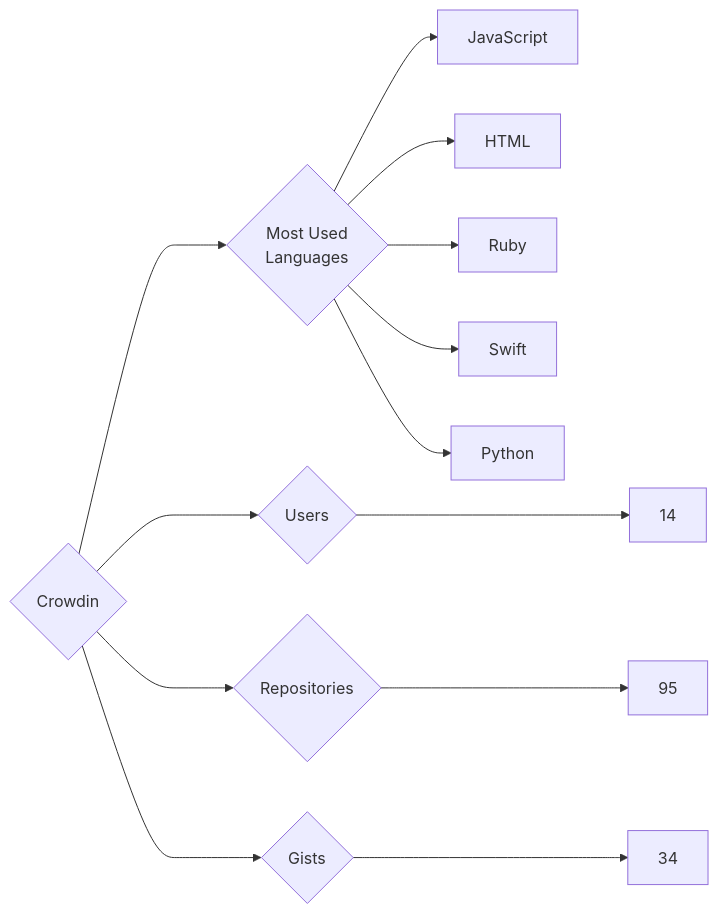
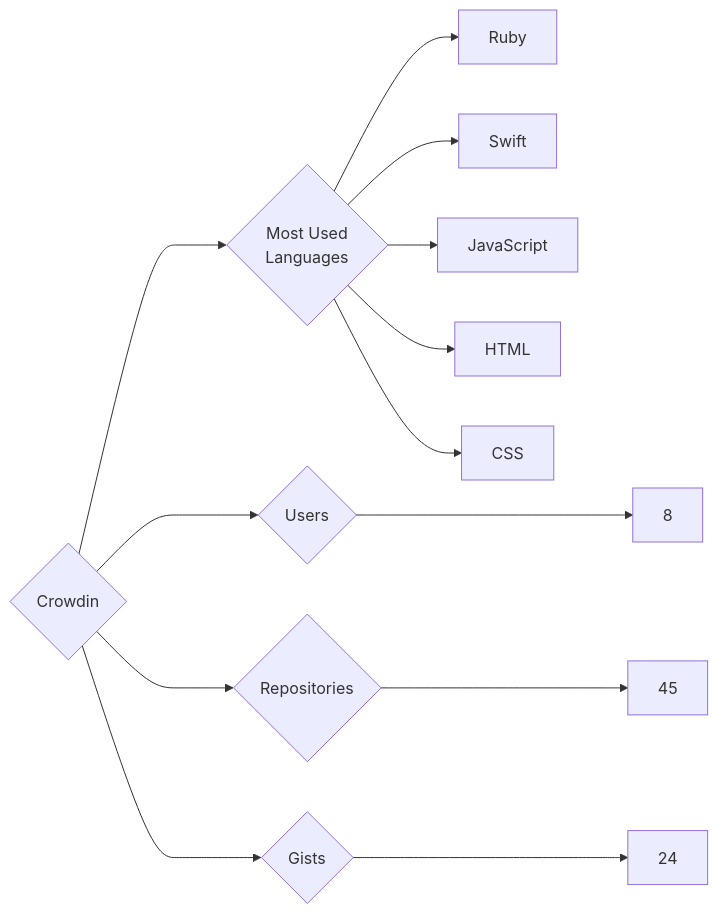
Before and after one commit to trickest/insiders: the diagram in targets/Crowdin/README.md, drawn with Mermaid. The commit also changed 1123 other files, not shown here.

````diff
--- a/targets/Crowdin/README.md
+++ b/targets/Crowdin/README.md
@@ -3,13 +3,13 @@
 ```mermaid
 graph LR
 COMPANY_NAME{Crowdin}
-COMPANY_NAME ---> U{Users} ---> UN[14]
-COMPANY_NAME ---> R{Repositories} ---> RN[95]
-COMPANY_NAME ---> G{Gists} ---> GN[34]
+COMPANY_NAME ---> U{Users} ---> UN[8]
+COMPANY_NAME ---> R{Repositories} ---> RN[45]
+COMPANY_NAME ---> G{Gists} ---> GN[24]
 COMPANY_NAME ---> ML{Most Used<br>Languages}
+ML --> Ruby[Ruby]
+ML --> Swift[Swift]
 ML --> JavaScript[JavaScript]
 ML --> HTML[HTML]
-ML --> Ruby[Ruby]
-ML --> Swift[Swift]
-ML --> Python[Python]
+ML --> CSS[CSS]
 ```
````
